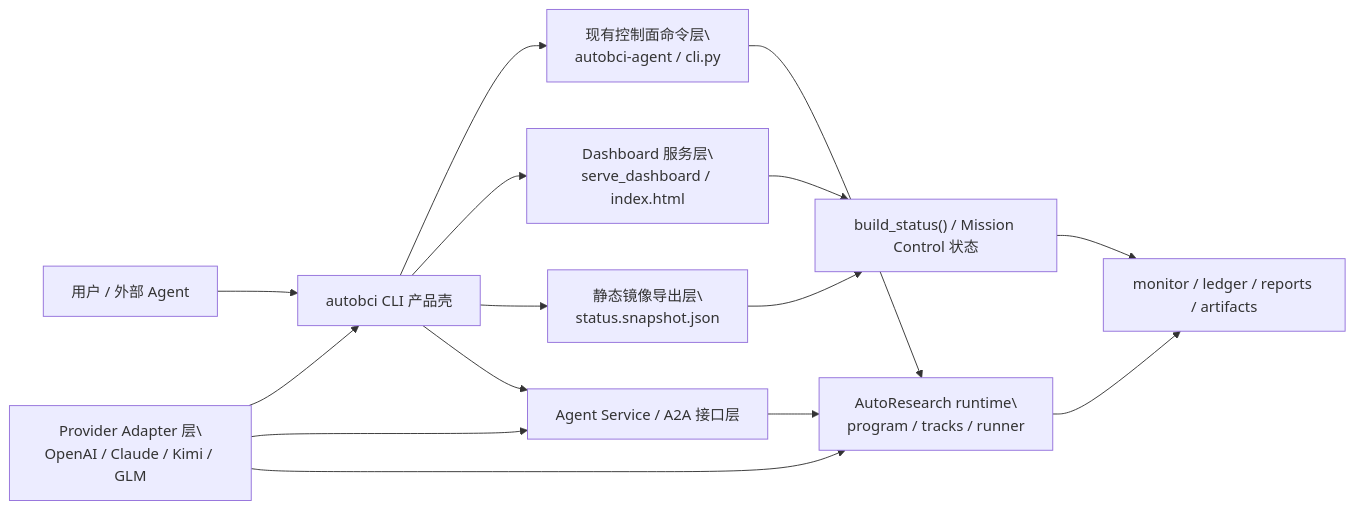
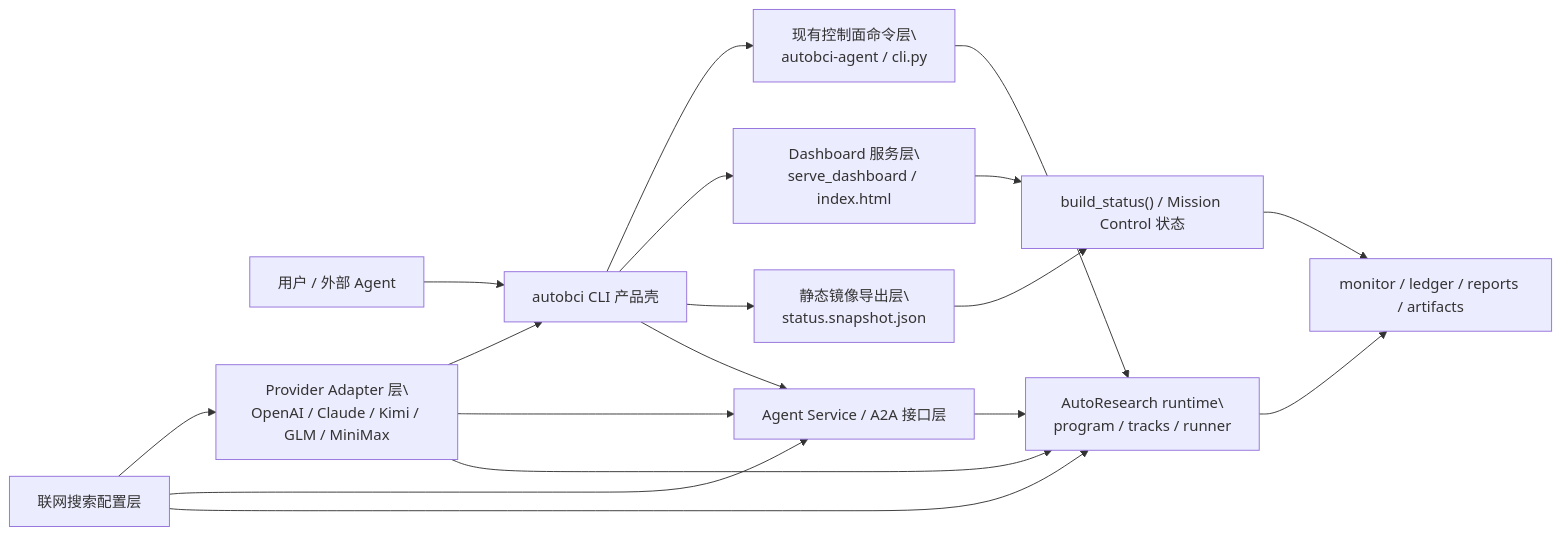
One commit to HubblePOP/AutoBCI changed the first of 5 diagrams in docs/superpowers/specs/2026-04-20-autobci-cli-agent-product-requirements.md. Above: the diagram before and after it, drawn with Mermaid. The commit also changed other lines of this file, not shown here.

Commit message:
expand cli agent product requirements

````diff
--- a/docs/superpowers/specs/2026-04-20-autobci-cli-agent-product-requirements.md
+++ b/docs/superpowers/specs/2026-04-20-autobci-cli-agent-product-requirements.md
@@ -693,20 +899,23 @@
 ```mermaid
 flowchart LR
     User["用户 / 外部 Agent"] --> CLI["autobci CLI 产品壳"]
     CLI --> CP["现有控制面命令层\\nautobci-agent / cli.py"]
     CLI --> UI["Dashboard 服务层\\nserve_dashboard / index.html"]
     CLI --> SNAP["静态镜像导出层\\nstatus.snapshot.json"]
     CLI --> AGENT["Agent Service / A2A 接口层"]
 
     CP --> RUNTIME["AutoResearch runtime\\nprogram / tracks / runner"]
     UI --> STATUS["build_status() / Mission Control 状态"]
     SNAP --> STATUS
     AGENT --> RUNTIME
 
     RUNTIME --> ART["monitor / ledger / reports / artifacts"]
     STATUS --> ART
 
-    PROVIDER["Provider Adapter 层\\nOpenAI / Claude / Kimi / GLM"] --> CLI
+    PROVIDER["Provider Adapter 层\\nOpenAI / Claude / Kimi / GLM / MiniMax"] --> CLI
     PROVIDER --> AGENT
     PROVIDER --> RUNTIME
+    SEARCH["联网搜索配置层"] --> PROVIDER
+    SEARCH --> AGENT
+    SEARCH --> RUNTIME
 ```
````
